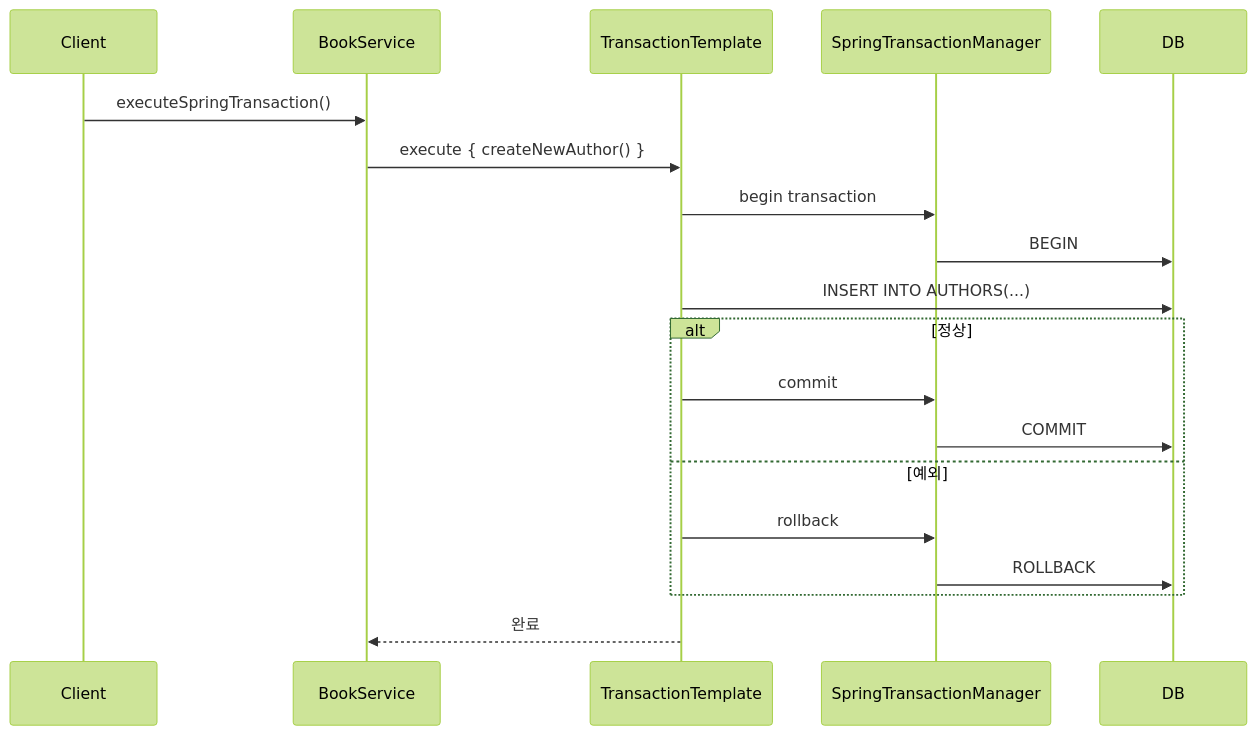
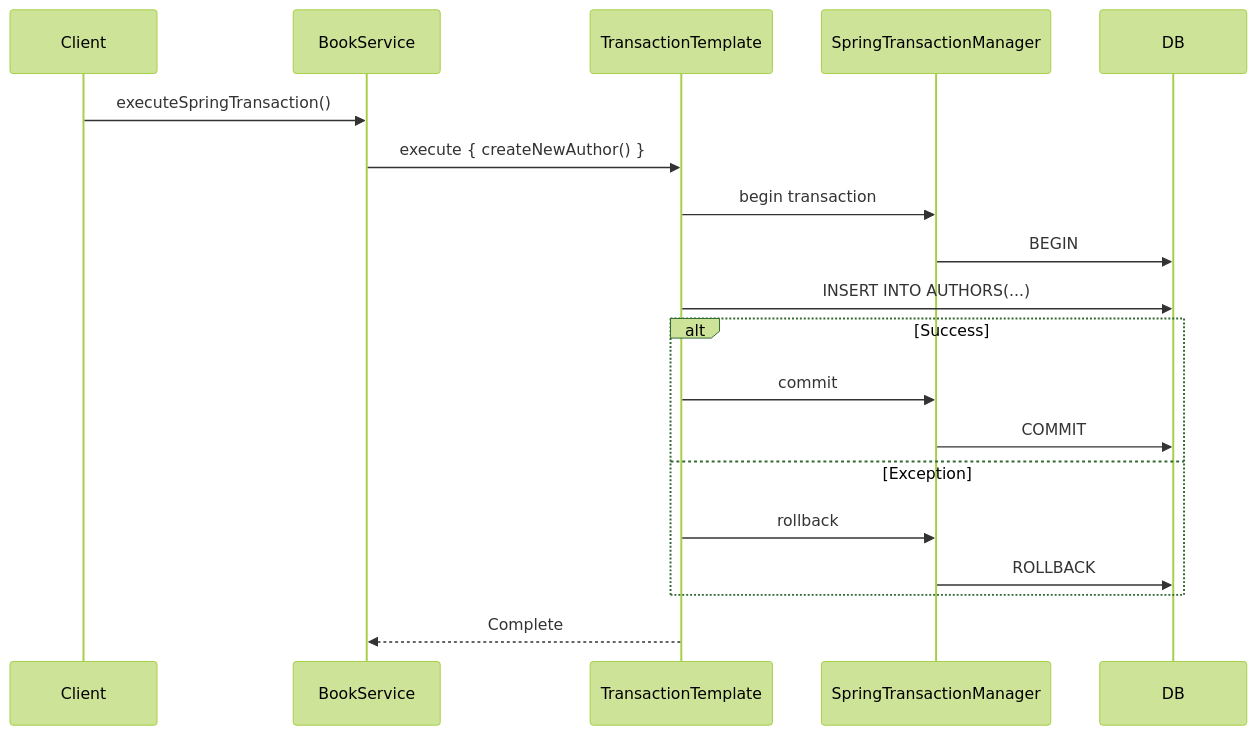
Before and after one commit to bluetape4k/exposed-workshop: the second of 2 diagrams in 09-spring/02-transactiontemplate/README.md, drawn with Mermaid (forest theme). The commit also changed other lines of this file and 115 other files, not shown here.

````diff
--- a/09-spring/02-transactiontemplate/README.md
+++ b/09-spring/02-transactiontemplate/README.md
@@ -123,22 +124,22 @@
 ```mermaid
 sequenceDiagram
     participant Client
     participant BookService
     participant TxTemplate as TransactionTemplate
     participant STM as SpringTransactionManager
     participant DB
 
     Client->>BookService: executeSpringTransaction()
     BookService->>TxTemplate: execute { createNewAuthor() }
     TxTemplate->>STM: begin transaction
     STM->>DB: BEGIN
     TxTemplate->>DB: INSERT INTO AUTHORS(...)
-    alt 정상
+    alt Success
         TxTemplate->>STM: commit
         STM->>DB: COMMIT
-    else 예외
+    else Exception
         TxTemplate->>STM: rollback
         STM->>DB: ROLLBACK
     end
-    TxTemplate-->>BookService: 완료
+    TxTemplate-->>BookService: Complete
 ```
````
